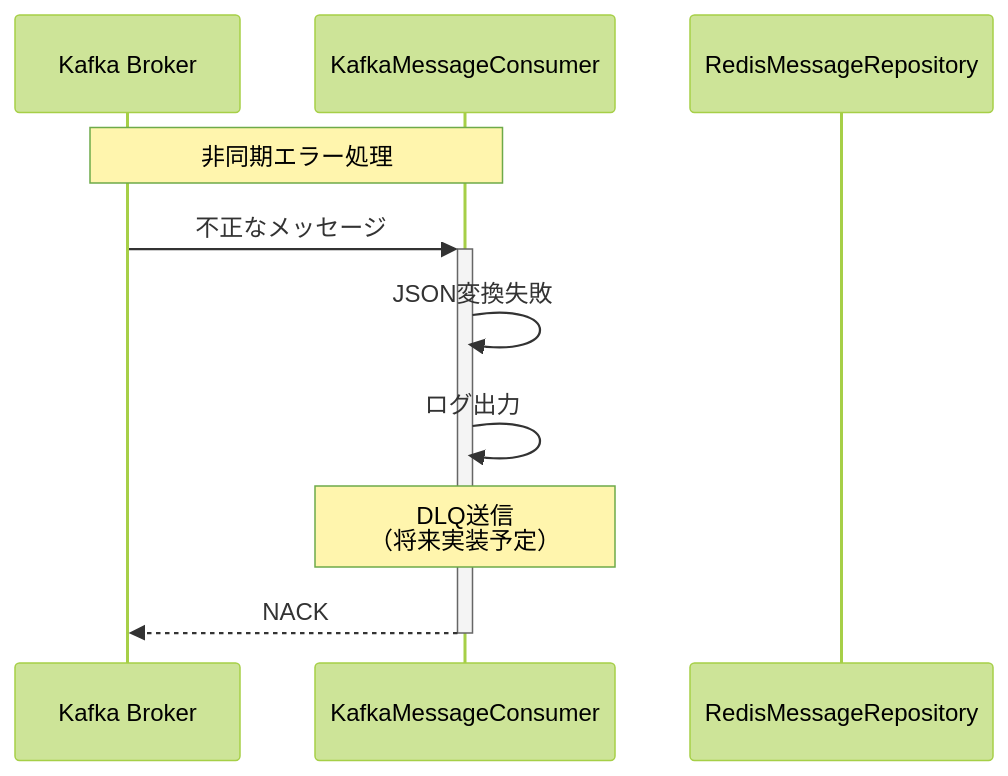
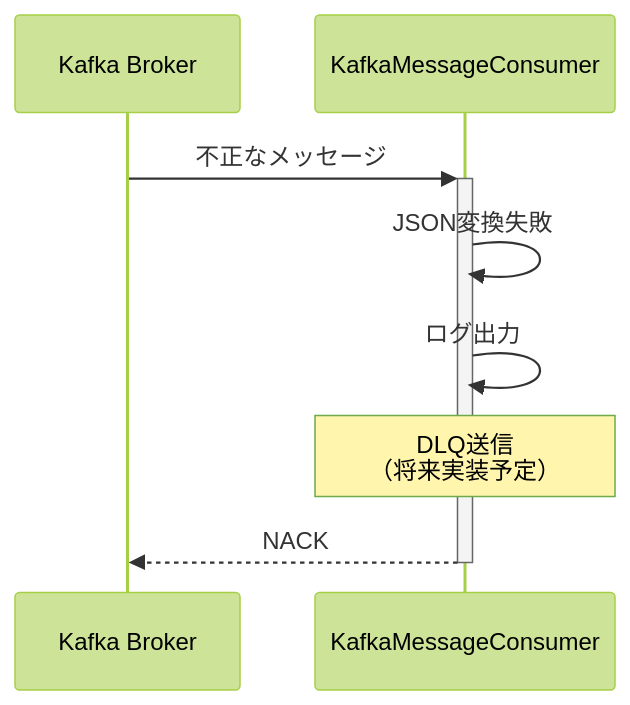
One commit to toshiakisan1127/kafka-redis-playground changed the seventh of 11 diagrams in docs/sequence-diagrams.md. Above: the diagram before and after it, drawn with Mermaid (forest theme). The commit also changed other lines of this file, not shown here.

````diff
--- a/docs/sequence-diagrams.md
+++ b/docs/sequence-diagrams.md
@@ -188,13 +186,11 @@
 ```mermaid
 sequenceDiagram
     participant Kafka as Kafka Broker
     participant Consumer as KafkaMessageConsumer
-    participant Repository as RedisMessageRepository
 
-    Note over Kafka,Consumer: 非同期エラー処理
     Kafka->>+Consumer: 不正なメッセージ
     Consumer->>Consumer: JSON変換失敗
     Consumer->>Consumer: ログ出力
     Note over Consumer: DLQ送信<br/>（将来実装予定）
     Consumer-->>-Kafka: NACK
 ```
````
